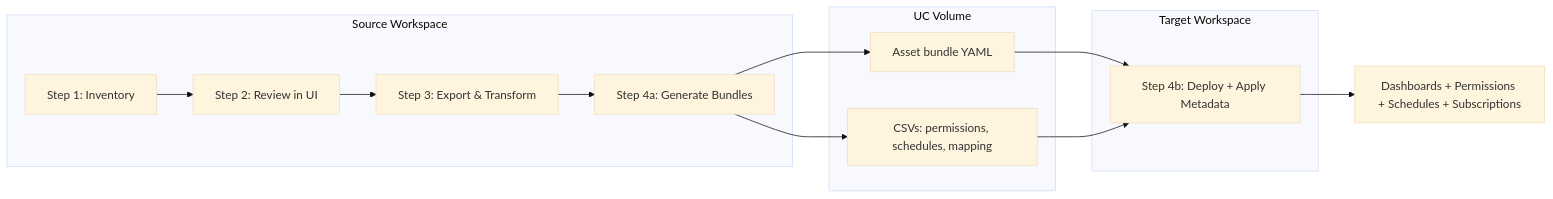
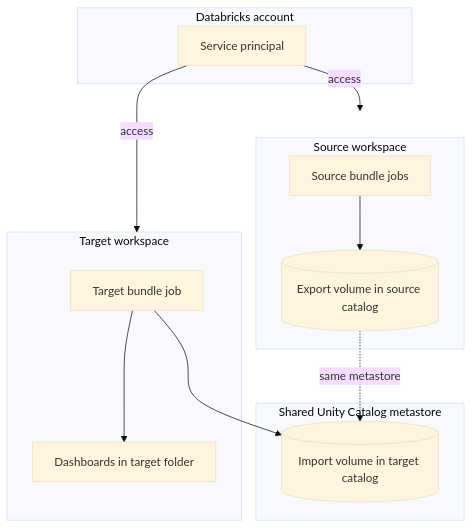
The first of 2 diagrams in README.md (archana986/databricks-dashboard-migration), drawn with Mermaid (base theme) before and after one commit. The commit also changed other lines of this file and 30 other files, not shown here.

First line of the commit message:
Restructure to two-bundle layout (source + target) with customer-facing docs

````diff
--- a/README.md
+++ b/README.md
@@ -11,20 +26,23 @@
 ```mermaid
-flowchart LR
-    subgraph source [Source Workspace]
-        S1[Step 1: Inventory] --> S2[Step 2: Review in UI]
-        S2 --> S3[Step 3: Export & Transform]
-        S3 --> S4a[Step 4a: Generate Bundles]
-    end
-    subgraph artifacts [UC Volume]
-        CSV[CSVs: permissions, schedules, mapping]
-        BUNDLE[Asset bundle YAML]
-    end
-    subgraph target [Target Workspace]
-        S4b[Step 4b: Deploy + Apply Metadata]
-    end
-    S4a --> CSV
-    S4a --> BUNDLE
-    BUNDLE --> S4b
-    CSV --> S4b
-    S4b --> D[Dashboards + Permissions + Schedules + Subscriptions]
+flowchart TB
+  subgraph acct [Databricks account]
+    SP[Service principal]
+  end
+  subgraph src_ws [Source workspace]
+    SJOBS[Source bundle jobs]
+    SVOL[(Export volume in source catalog)]
+    SJOBS --> SVOL
+  end
+  subgraph metastore [Shared Unity Catalog metastore]
+    SVOL -.->|same metastore| TVOL
+  end
+  subgraph tgt_ws [Target workspace]
+    TJOBS[Target bundle job]
+    TVOL[(Import volume in target catalog)]
+    DASH[Dashboards in target folder]
+    TJOBS --> TVOL
+    TJOBS --> DASH
+  end
+  SP -->|access| src_ws
+  SP -->|access| tgt_ws
 ```
````
